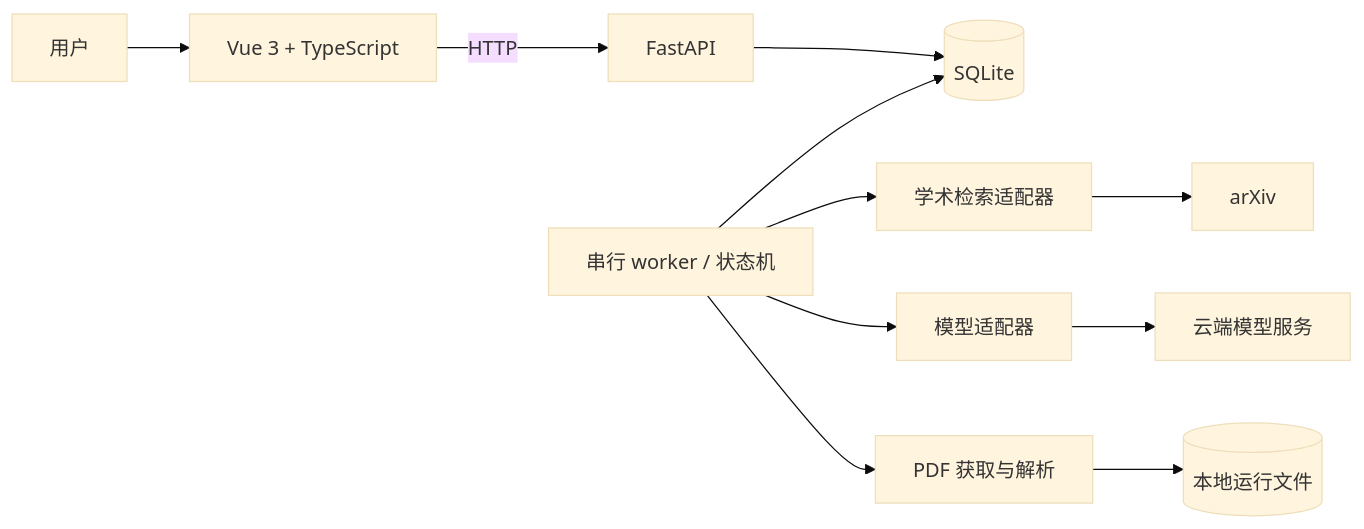
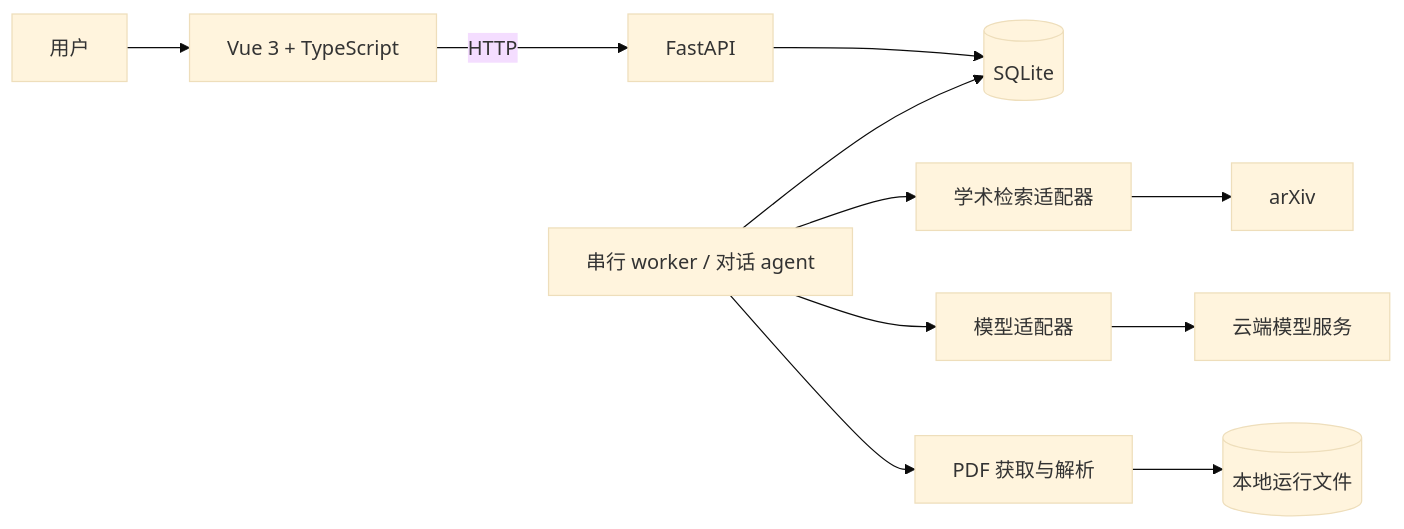
Before and after one commit to Jwz-git/paper-scout: the diagram in docs/02-architecture.md, drawn with Mermaid (base theme). The commit also changed other lines of this file and 51 other files, not shown here.

First line of the commit message:
Refactor tests to align with agent architecture and remove deprecated workflow engine

````diff
--- a/docs/02-architecture.md
+++ b/docs/02-architecture.md
@@ -5,13 +5,13 @@
 ```mermaid
 flowchart LR
     U[用户] --> V[Vue 3 + TypeScript]
     V -->|HTTP| A[FastAPI]
     A --> DB[(SQLite)]
-    W[串行 worker / 状态机] --> DB
+    W[串行 worker / 对话 agent] --> DB
     W --> S[学术检索适配器]
     W --> M[模型适配器]
     W --> P[PDF 获取与解析]
     P --> F[(本地运行文件)]
     S --> X[arXiv]
     M --> Y[云端模型服务]
 ```
````
